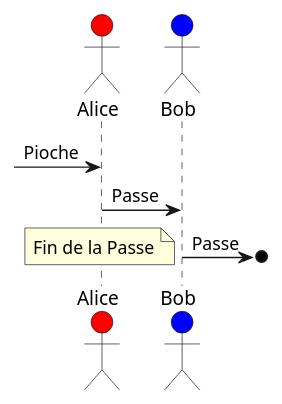
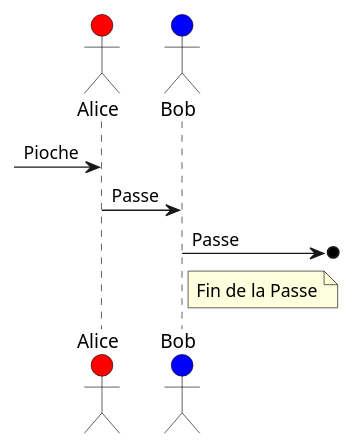
One commit to de-dale/wiki changed the second of 7 diagrams in sphérier/référence/phases-de-jeu/combat.md. Above: the diagram before and after it, drawn with PlantUML. The commit also changed other lines of this file, not shown here.

Commit message:
docs: update sphérier/référence/phases-de-jeu/combat

````diff
--- a/sphérier/référence/phases-de-jeu/combat.md
+++ b/sphérier/référence/phases-de-jeu/combat.md
@@ -141,9 +141,9 @@
 ```plantuml
 actor Alice #red
 actor Bob #blue
 [-> Alice: Pioche
 
 Alice -> Bob : Passe
 Bob ->o] : Passe
-note right : Fin de la Passe
+note right of Bob : Fin de la Passe
 ```
````
